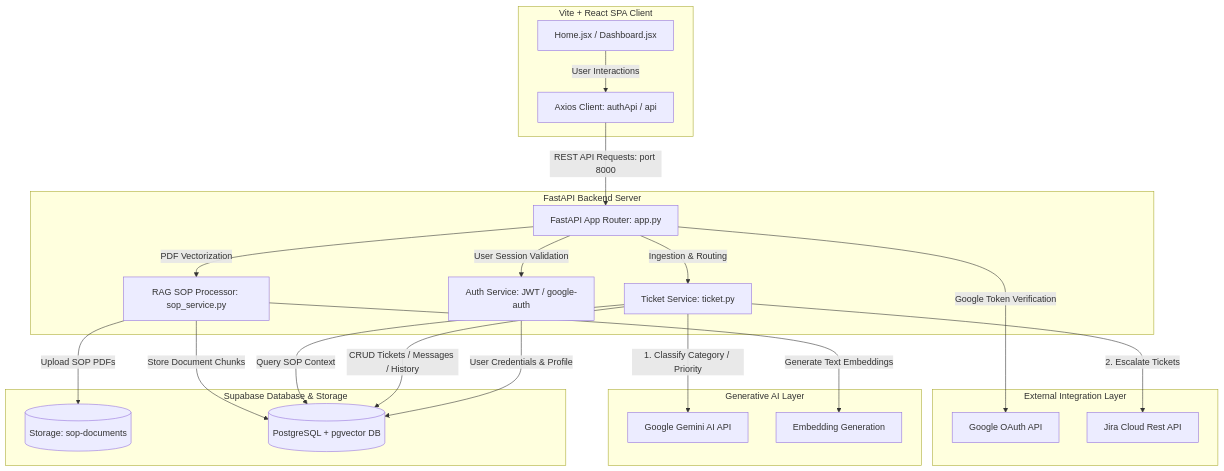
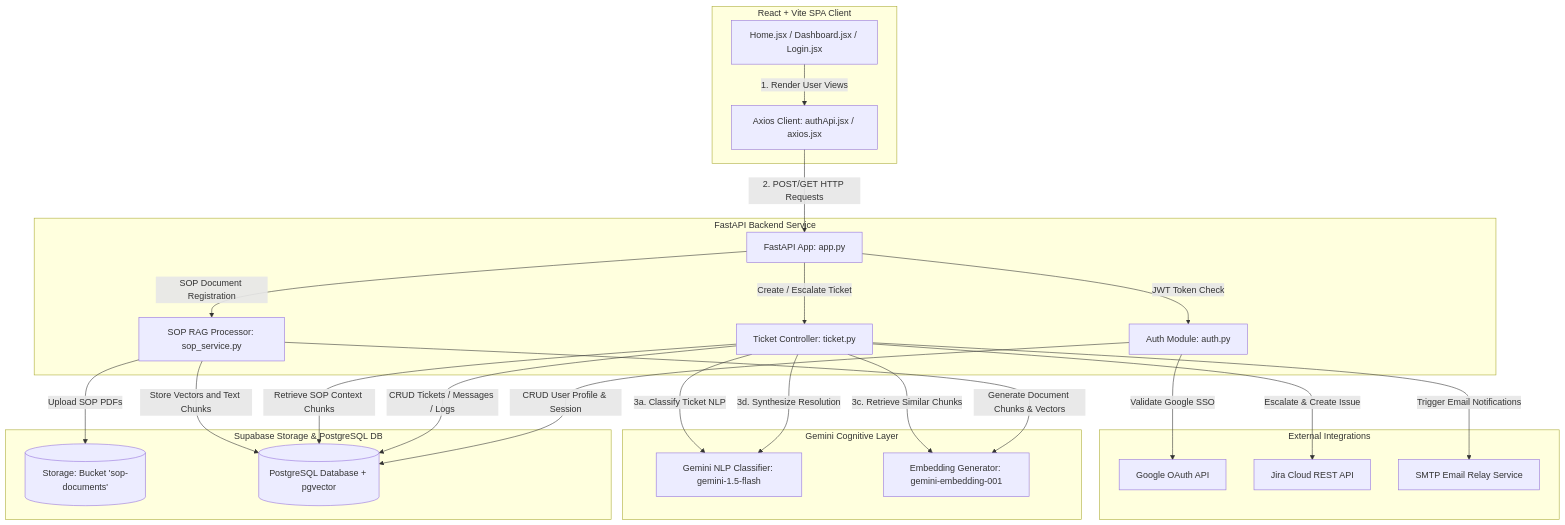
Before and after one commit to Rajeshbabu21/AI_Office_WorkFlow: the first of 3 diagrams in documents/systearc.md, drawn with Mermaid. The commit also changed other lines of this file, not shown here.

Commit message:
fix system architecture

````diff
--- a/documents/systearc.md
+++ b/documents/systearc.md
@@ -9,55 +9,61 @@
 ```mermaid
 graph TD
-    %% Frontend Layer
-    subgraph Frontend [Vite + React SPA Client]
-        UI[Home.jsx / Dashboard.jsx]
-        AX[Axios Client: authApi / api]
+    %% Frontend Presentation Layer
+    subgraph Frontend [React + Vite SPA Client]
+        UI[Home.jsx / Dashboard.jsx / Login.jsx]
+        AX[Axios Client: authApi.jsx / axios.jsx]
     end
 
-    %% API / Orchestration Layer
-    subgraph API [FastAPI Backend Server]
-        FA[FastAPI App Router: app.py]
-        AUTH[Auth Service: JWT / google-auth]
-        TKT[Ticket Service: ticket.py]
-        RAG[RAG SOP Processor: sop_service.py]
+    %% API Orchestration & Gateway Layer
+    subgraph Gateway [FastAPI Backend Service]
+        FA[FastAPI App: app.py]
+        AUTH[Auth Module: auth.py]
+        TKT[Ticket Controller: ticket.py]
+        RAG[SOP RAG Processor: sop_service.py]
     end
 
-    %% Third Party Integrations
-    subgraph Integrations [External Integration Layer]
+    %% External Interfaces / Third Party API Layer
+    subgraph External [External Integrations]
         GOG[Google OAuth API]
-        JRA[Jira Cloud Rest API]
+        JRA[Jira Cloud REST API]
+        SMTP[SMTP Email Relay Service]
     end
 
-    %% AI Model Layer
-    subgraph AI [Generative AI Layer]
-        GEM[Google Gemini AI API]
-        EMB[Embedding Generation]
+    %% Generative & Semantic AI Layer
+    subgraph AI [Gemini Cognitive Layer]
+        GEM[Gemini NLP Classifier: gemini-1.5-flash]
+        EMB[Embedding Generator: gemini-embedding-001]
     end
 
-    %% Persistence Layer
-    subgraph DB [Supabase Database & Storage]
-        S3[(Storage: sop-documents)]
-        PG[(PostgreSQL + pgvector DB)]
+    %% Persistence & Semantic Index Layer
+    subgraph Storage [Supabase Storage & PostgreSQL DB]
+        S3[(Storage: Bucket 'sop-documents')]
+        PG[(PostgreSQL Database + pgvector)]
     end
 
-    %% Data Connections
-    UI -->|User Interactions| AX
-    AX -->|REST API Requests: port 8000| FA
+    %% Network & Data Operations Flow
+    UI -->|1. Render User Views| AX
+    AX -->|2. POST/GET HTTP Requests| FA
     
-    FA -->|Google Token Verification| GOG
-    FA -->|User Session Validation| AUTH
-    FA -->|Ingestion & Routing| TKT
-    FA -->|PDF Vectorization| RAG
+    FA -->|JWT Token Check| AUTH
+    AUTH -->|Validate Google SSO| GOG
+    FA -->|Create / Escalate Ticket| TKT
+    FA -->|SOP Document Registration| RAG
 
-    TKT -->|1. Classify Category / Priority| GEM
-    TKT -->|2. Escalate Tickets| JRA
-
-    RAG -->|Generate Text Embeddings| EMB
+    %% AI Operations
+    TKT -->|3a. Classify Ticket NLP| GEM
+    TKT -->|3c. Retrieve Similar Chunks| EMB
+    TKT -->|3d. Synthesize Resolution| GEM
+    
+    %% RAG Operations
+    RAG -->|Generate Document Chunks & Vectors| EMB
     RAG -->|Upload SOP PDFs| S3
-    RAG -->|Store Document Chunks| PG
+    RAG -->|Store Vectors and Text Chunks| PG
     
-    TKT -->|Query SOP Context| PG
-    TKT -->|CRUD Tickets / Messages / History| PG
-    
-    AUTH -->|User Credentials & Profile| PG
+    %% DB Queries & Integrations
+    TKT -->|Retrieve SOP Context Chunks| PG
+    TKT -->|CRUD Tickets / Messages / Logs| PG
+    TKT -->|Escalate & Create Issue| JRA
+    TKT -->|Trigger Email Notifications| SMTP
+    AUTH -->|CRUD User Profile & Session| PG
 ```
````
